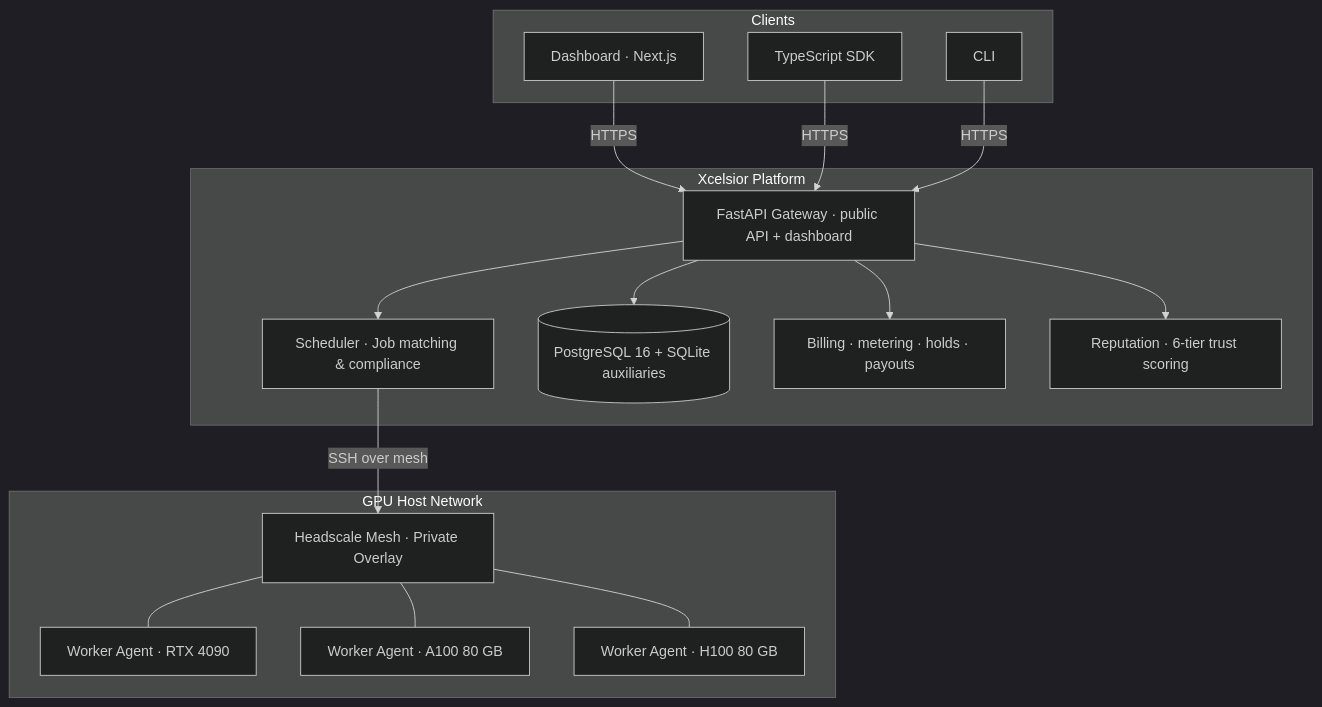
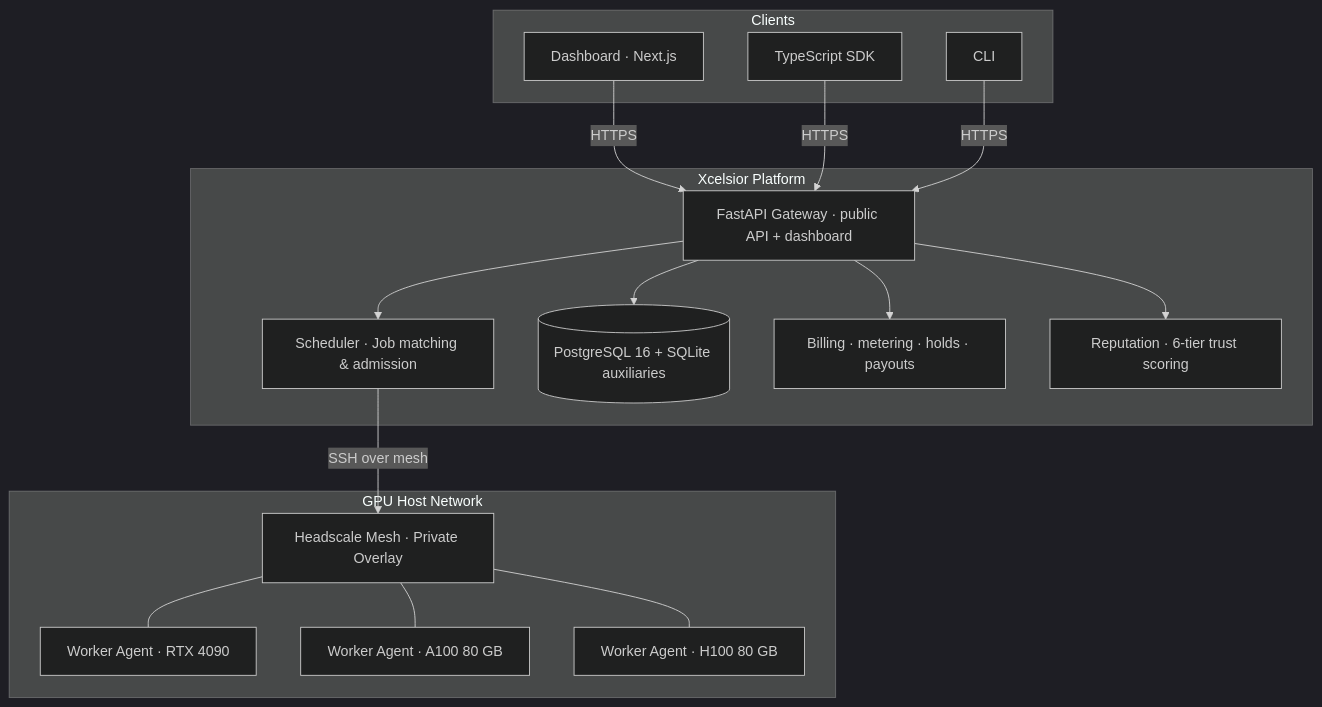
Before and after one commit to aabiro/xcelsior: the first of 2 diagrams in README.md, drawn with Mermaid (dark theme). The commit also changed other lines of this file and 21 other files, not shown here.

````diff
--- a/README.md
+++ b/README.md
@@ -26,31 +26,31 @@
 ```mermaid
 graph TB
     subgraph clients["Clients"]
         dashboard["Dashboard · Next.js"]
         sdk["TypeScript SDK"]
         cli["CLI"]
     end
 
     subgraph platform["Xcelsior Platform"]
         api["FastAPI Gateway · public API + dashboard"]
-        scheduler["Scheduler · Job matching & compliance"]
+        scheduler["Scheduler · Job matching & admission"]
         db[("PostgreSQL 16 + SQLite auxiliaries")]
         billing["Billing · metering · holds · payouts"]
         reputation["Reputation · 6-tier trust scoring"]
     end
 
     subgraph hosts["GPU Host Network"]
         mesh["Headscale Mesh · Private Overlay"]
         worker1["Worker Agent · RTX 4090"]
         worker2["Worker Agent · A100 80 GB"]
         worker3["Worker Agent · H100 80 GB"]
     end
 
     dashboard & sdk & cli -->|HTTPS| api
     api --> scheduler
     api --> db
     api --> billing
     api --> reputation
     scheduler -->|SSH over mesh| mesh
     mesh --- worker1 & worker2 & worker3
 ```
````
